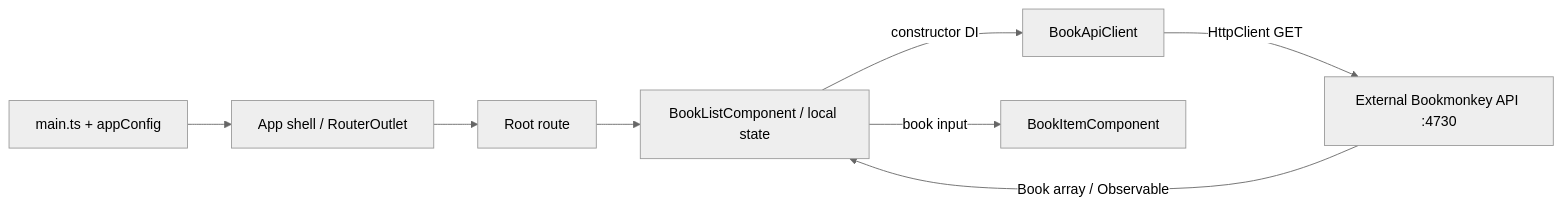
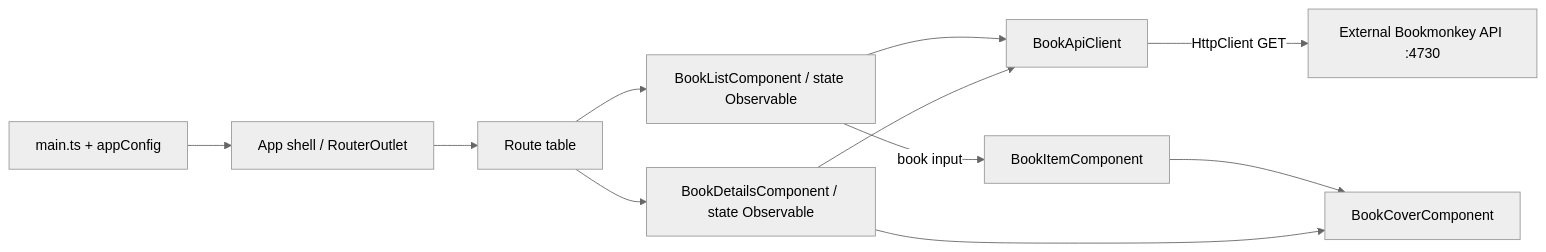
Before and after one commit to EHerche/ki-software-engineer: the diagram in ARCHITECTURE.md, drawn with Mermaid (neutral theme). The commit also changed other lines of this file and 13 other files, not shown here.

````diff
--- a/ARCHITECTURE.md
+++ b/ARCHITECTURE.md
@@ -58,10 +58,13 @@
 ```mermaid
 flowchart LR
   Main[main.ts + appConfig] --> App[App shell / RouterOutlet]
-  App --> Routes[Root route]
-  Routes --> List[BookListComponent / local state]
-  List -->|constructor DI| API[BookApiClient]
+  App --> Routes[Route table]
+  Routes --> List[BookListComponent / state Observable]
+  Routes --> Details[BookDetailsComponent / state Observable]
+  List --> API[BookApiClient]
+  Details --> API
   API -->|HttpClient GET| Backend[External Bookmonkey API :4730]
-  Backend -->|Book array / Observable| List
   List -->|book input| Card[BookItemComponent]
+  Card --> Cover[BookCoverComponent]
+  Details --> Cover
 ```
````
